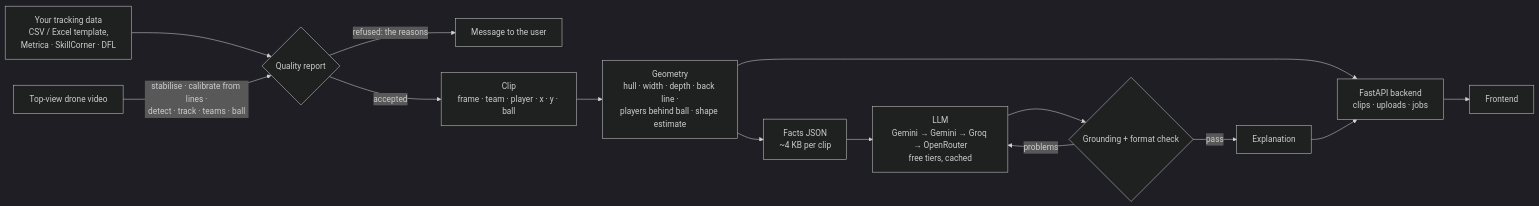
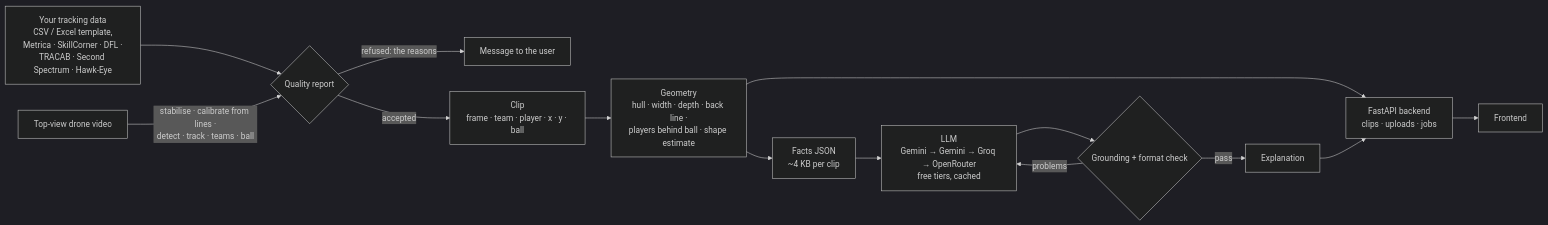
One commit to Mohitoo6/football-tactical-replay changed the diagram in README.md. Above: the diagram before and after it, drawn with Mermaid (dark theme). The commit also changed other lines of this file and 6 other files, not shown here.

First line of the commit message:
Uploads also read TRACAB, Second Spectrum and Hawk-Eye

````diff
--- a/README.md
+++ b/README.md
@@ -32,16 +32,16 @@
 ```mermaid
 flowchart LR
-    U1[Your tracking data<br/>CSV / Excel template,<br/>Metrica · SkillCorner · DFL] --> Q{Quality report}
+    U1[Your tracking data<br/>CSV / Excel template,<br/>Metrica · SkillCorner · DFL ·<br/>TRACAB · Second Spectrum · Hawk-Eye] --> Q{Quality report}
     U2[Top-view drone video] -->|stabilise · calibrate from lines ·<br/>detect · track · teams · ball| Q
     Q -->|refused: the reasons| R[Message to the user]
     Q -->|accepted| C[Clip<br/>frame · team · player · x · y · ball]
     C --> D[Geometry<br/>hull · width · depth · back line ·<br/>players behind ball · shape estimate]
     D --> F[Facts JSON<br/>~4 KB per clip]
     F --> G[LLM<br/>Gemini → Gemini → Groq → OpenRouter<br/>free tiers, cached]
     G --> H{Grounding + format check}
     H -->|problems| G
     H -->|pass| I[Explanation]
     D --> API[FastAPI backend<br/>clips · uploads · jobs]
     I --> API
     API --> FE[Frontend]
 ```
````
